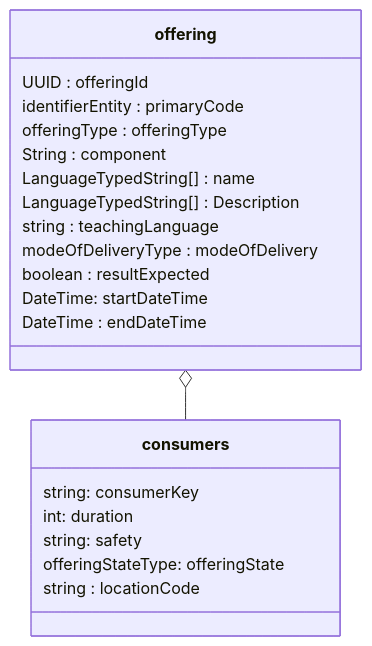
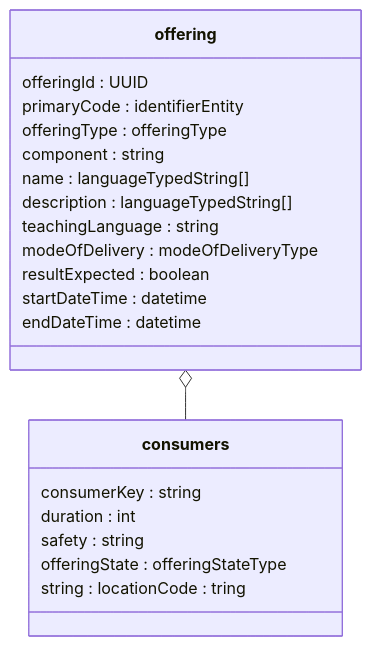
Before and after one commit to NetwerkExamineringDigitalisering/NED-OOAPI: the second of 8 diagrams in doc/flow2.md, drawn with Mermaid. The commit also changed other lines of this file, not shown here.

First line of the commit message:
Update flow2.md

````diff
--- a/doc/flow2.md
+++ b/doc/flow2.md
@@ -21,24 +21,24 @@
 ```mermaid
 classDiagram
     class offering {
-    	UUID : offeringId
-	identifierEntity : primaryCode
+    	offeringId : UUID
+	primaryCode : identifierEntity
 	offeringType : offeringType
-	String : component
-	LanguageTypedString[] : name
-	LanguageTypedString[] : Description
-	string : teachingLanguage
-	modeOfDeliveryType : modeOfDelivery
-	boolean : resultExpected
-	DateTime: startDateTime
-	DateTime : endDateTime
+	component : string
+	name : languageTypedString[]
+	description : languageTypedString[]
+	teachingLanguage : string
+	modeOfDelivery : modeOfDeliveryType
+	resultExpected : boolean
+	startDateTime : datetime
+	endDateTime : datetime
     }
     class consumers {
-    	string: consumerKey
-	int: duration
-	string:	safety
-	offeringStateType: offeringState
-	string : locationCode
+    	consumerKey : string
+	duration : int
+	safety : string
+	offeringState : offeringStateType
+	string : locationCode : tring
     }
     offering o-- consumers
 ```
````
